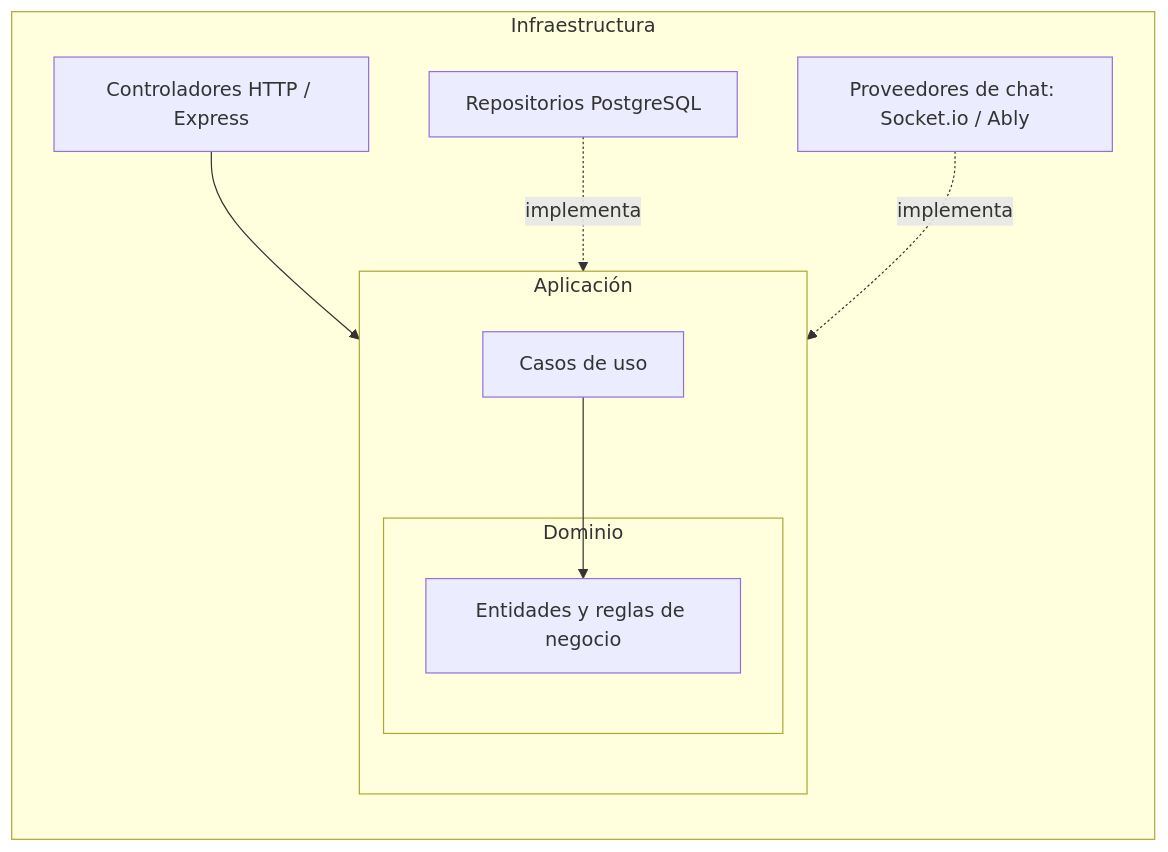
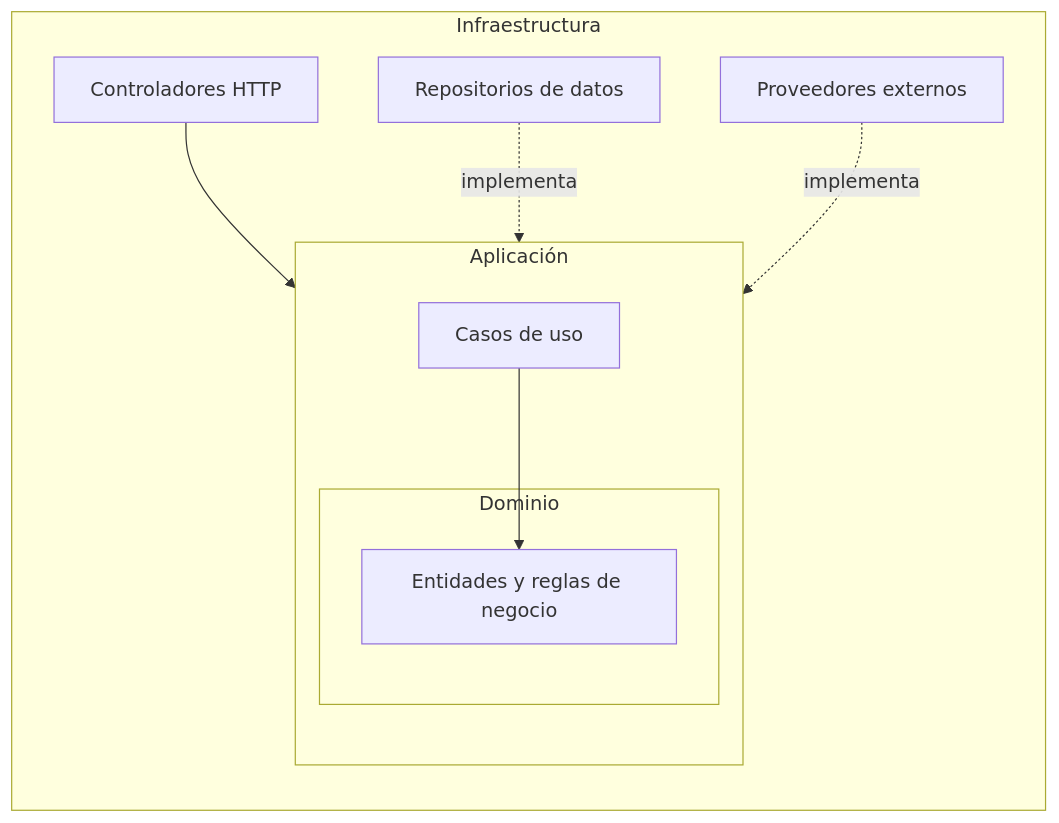
The first of 4 diagrams in README.md (carlosgarcia-tech/carlosgarcia-tech), drawn with Mermaid before and after one commit. The commit also changed other lines of this file, not shown here.

````diff
--- a/README.md
+++ b/README.md
@@ -92,20 +234,20 @@
 ```mermaid
 flowchart TB
     subgraph Infra["Infraestructura"]
         direction TB
         subgraph App["Aplicación"]
             direction TB
             subgraph Dom["Dominio"]
                 E["Entidades y reglas de negocio"]
             end
             U["Casos de uso"]
         end
-        R["Repositorios PostgreSQL"]
-        C["Proveedores de chat: Socket.io / Ably"]
-        H["Controladores HTTP / Express"]
+        R["Repositorios de datos"]
+        P["Proveedores externos"]
+        H["Controladores HTTP"]
     end
     H --> U
     U --> E
     R -. implementa .-> U
-    C -. implementa .-> U
+    P -. implementa .-> U
 ```
````
